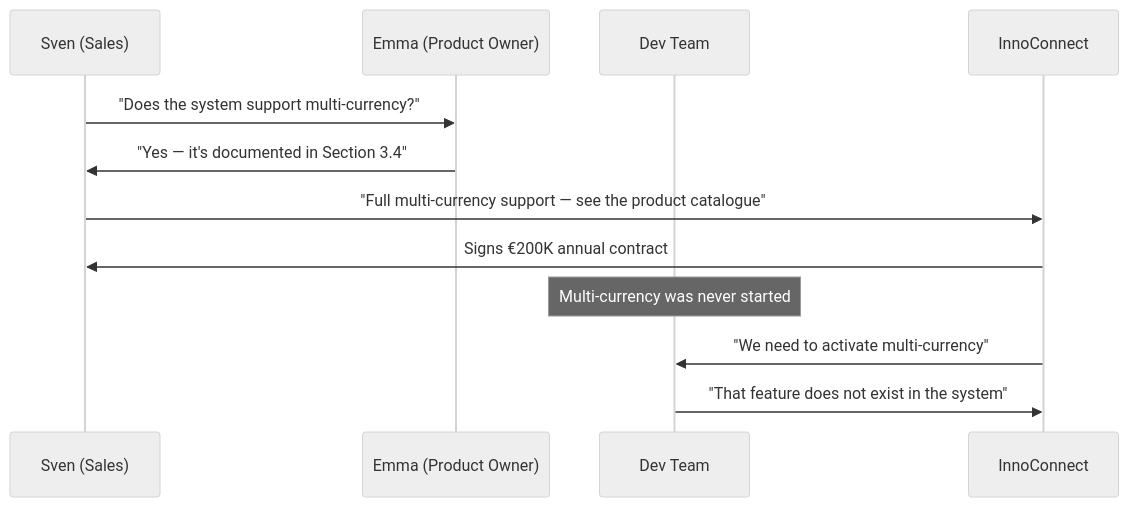
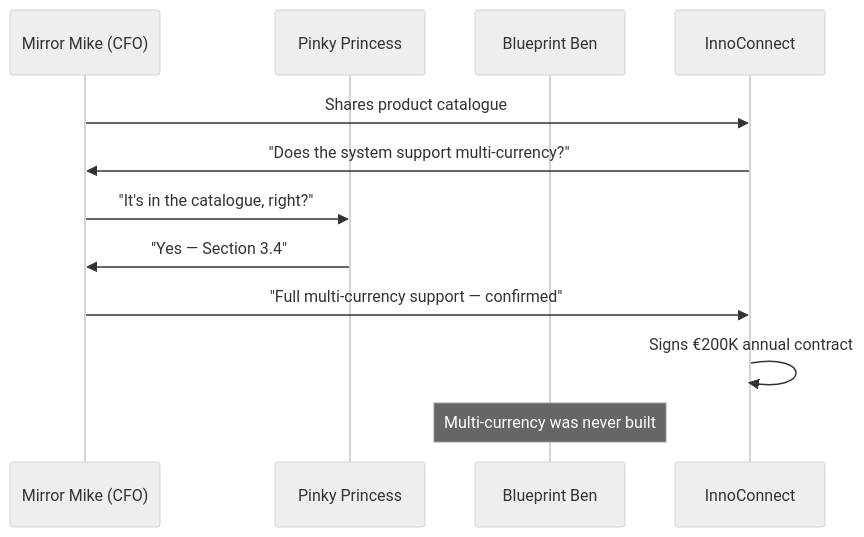
Before and after one commit to truedoctales/truedoctales-4j: the diagram in fairy-doc-tales/04_product-queen/01_product-queen.md, drawn with Mermaid (neutral theme). The commit also changed other lines of this file and 21 other files, not shown here.

````diff
--- a/fairy-doc-tales/04_product-queen/01_product-queen.md
+++ b/fairy-doc-tales/04_product-queen/01_product-queen.md
@@ -79,15 +75,15 @@
 ```mermaid
 sequenceDiagram
-    participant S as Sven (Sales)
-    participant E as Emma (Product Owner)
-    participant D as Dev Team
+    participant MM as Mirror Mike (CFO)
+    participant PP as Pinky Princess
+    participant BB as Blueprint Ben
     participant IC as InnoConnect
 
-    S->>E: "Does the system support multi-currency?"
-    E->>S: "Yes — it's documented in Section 3.4"
-    S->>IC: "Full multi-currency support — see the product catalogue"
-    IC->>S: Signs €200K annual contract
-    Note over D: Multi-currency was never started
-    IC->>D: "We need to activate multi-currency"
-    D->>IC: "That feature does not exist in the system"
+    MM->>IC: Shares product catalogue
+    IC->>MM: "Does the system support multi-currency?"
+    MM->>PP: "It's in the catalogue, right?"
+    PP->>MM: "Yes — Section 3.4"
+    MM->>IC: "Full multi-currency support — confirmed"
+    IC->>IC: Signs €200K annual contract
+    Note over BB: Multi-currency was never built
 ```
````
